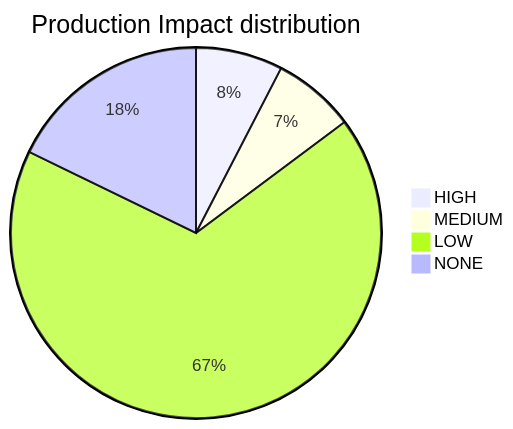
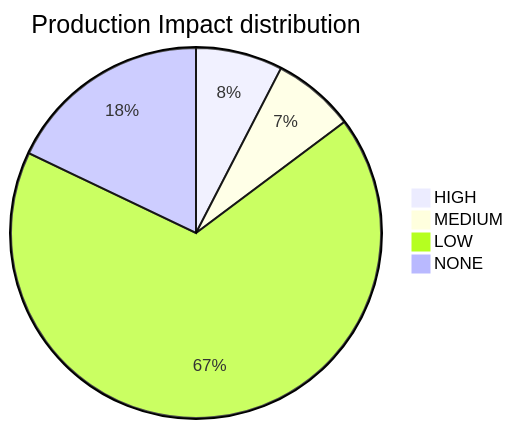
One commit to mikeybeezy/goldenpath-idp-infra changed the diagram in PLATFORM_HEALTH.md. Above: the diagram before and after it, drawn with Mermaid. The commit also changed other lines of this file, not shown here.

````diff
--- a/PLATFORM_HEALTH.md
+++ b/PLATFORM_HEALTH.md
@@ -81,7 +81,7 @@
 ```mermaid
 pie title Production Impact distribution
     "HIGH" : 58
     "MEDIUM" : 55
     "LOW" : 515
-    "NONE" : 136
+    "NONE" : 137
 ```
````
